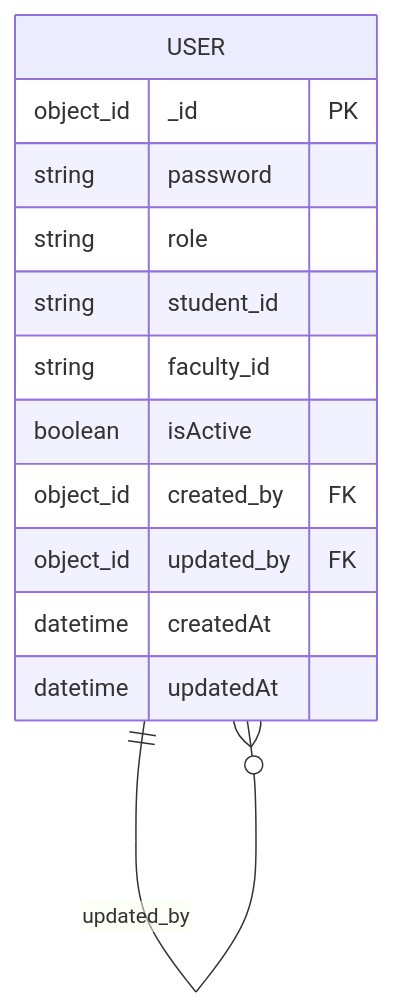
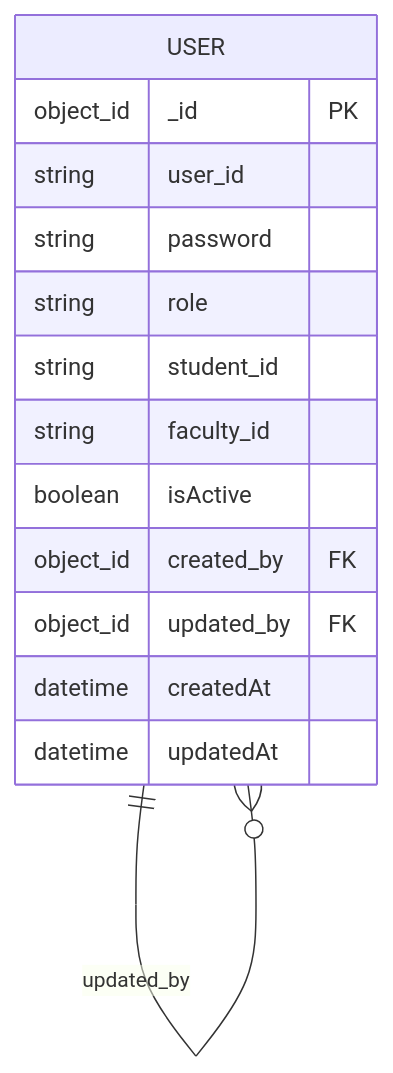
One commit to Aryan9060/Timetable-Project changed the seventh of 9 diagrams in .qoder/repowiki/en/content/Data Models & Database Schema/Core User Model.md. Above: the diagram before and after it, drawn with Mermaid. The commit also changed other lines of this file and 21 other files, not shown here.

````diff
--- a/.qoder/repowiki/en/content/Data Models & Database Schema/Core User Model.md
+++ b/.qoder/repowiki/en/content/Data Models & Database Schema/Core User Model.md
@@ -315,17 +330,18 @@
 ```mermaid
 erDiagram
 USER {
 object_id _id PK
+string user_id
 string password
 string role
 string student_id
 string faculty_id
 boolean isActive
 object_id created_by FK
 object_id updated_by FK
 datetime createdAt
 datetime updatedAt
 }
 USER ||--o{ USER : "created_by"
 USER ||--o{ USER : "updated_by"
 ```
````
